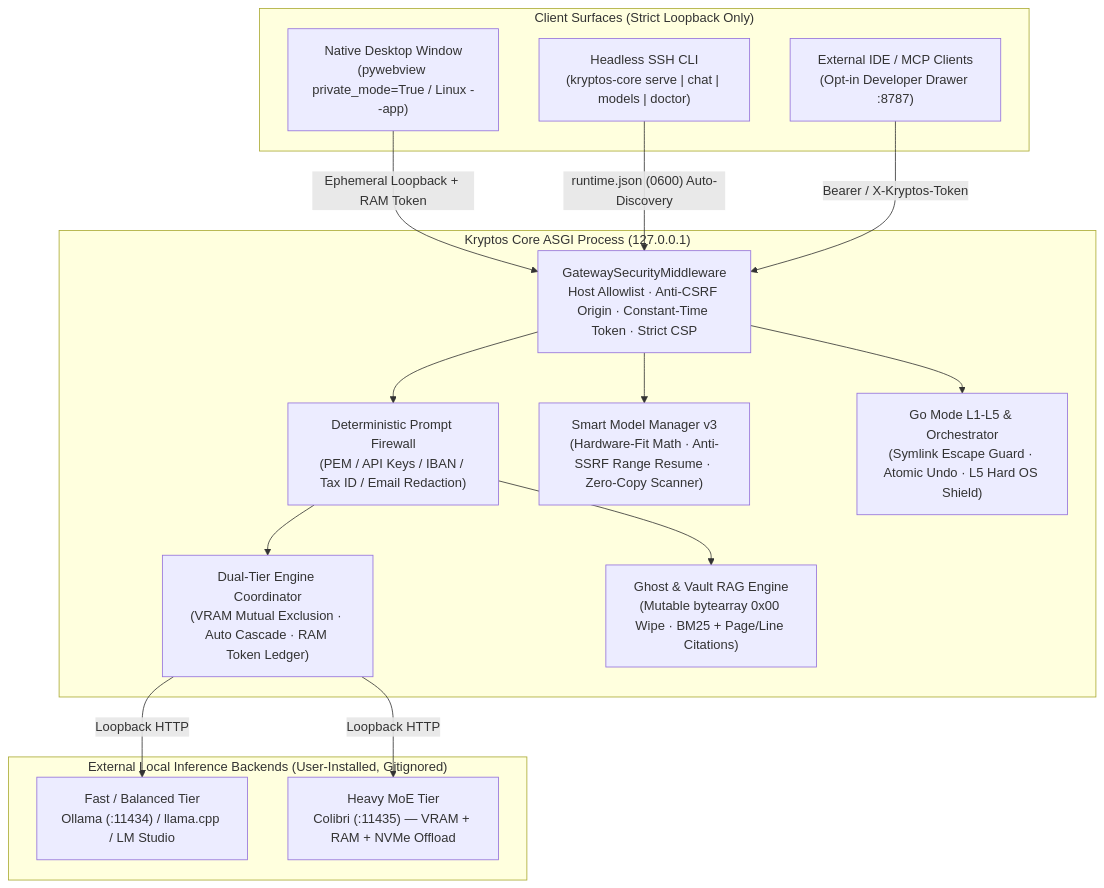
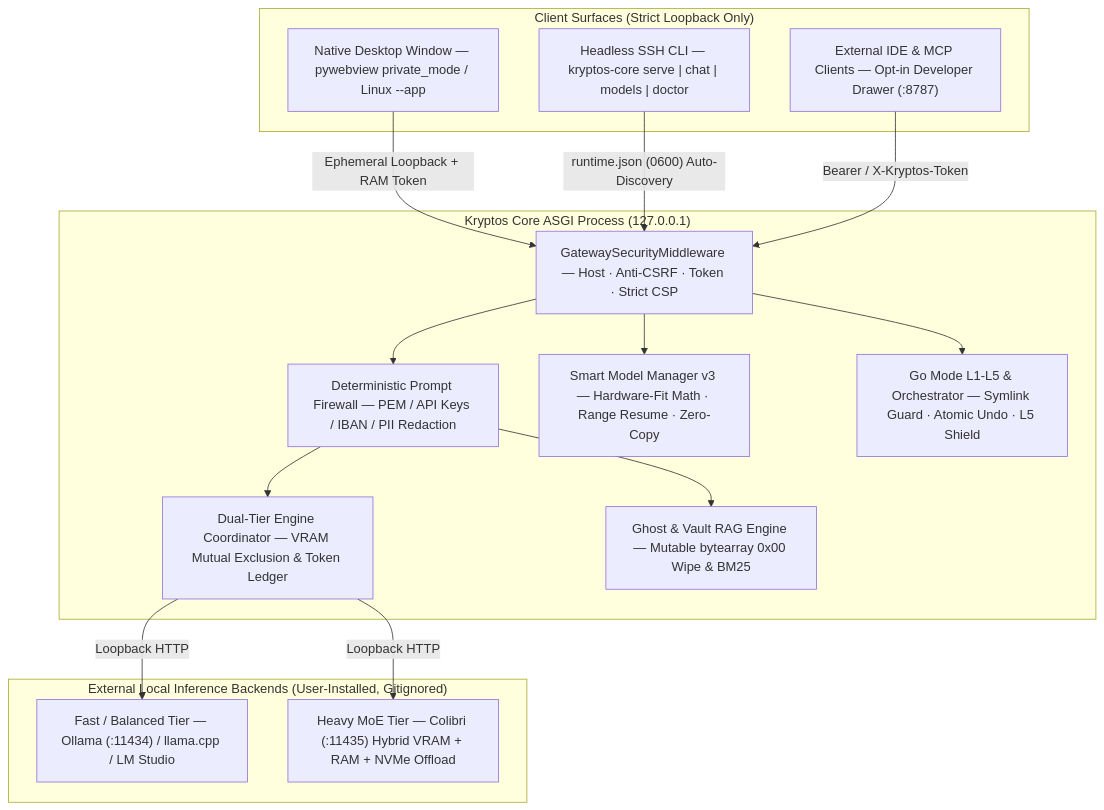
The diagram in docs/ARCHITECTURE.md (gerardofcesta/Kryptos-Core), drawn with Mermaid before and after one commit. The commit also changed other lines of this file and 12 other files, not shown here.

Commit message:
fix: cross-platform CI matrix & GitHub MathJax/Mermaid compatibility

````diff
--- a/docs/ARCHITECTURE.md
+++ b/docs/ARCHITECTURE.md
@@ -9,33 +9,33 @@
 ```mermaid
 flowchart TB
     subgraph SURFACES["Client Surfaces (Strict Loopback Only)"]
-        DESK["Native Desktop Window\n(pywebview private_mode=True / Linux --app)"]
-        CLI["Headless SSH CLI\n(kryptos-core serve | chat | models | doctor)"]
-        IDE["External IDE / MCP Clients\n(Opt-in Developer Drawer :8787)"]
+        DESK["Native Desktop Window — pywebview private_mode / Linux --app"]
+        CLI["Headless SSH CLI — kryptos-core serve | chat | models | doctor"]
+        IDE["External IDE & MCP Clients — Opt-in Developer Drawer (:8787)"]
     end
 
     subgraph BOUNDARY["Kryptos Core ASGI Process (127.0.0.1)"]
-        MW["GatewaySecurityMiddleware\nHost Allowlist · Anti-CSRF Origin · Constant-Time Token · Strict CSP"]
-        PFW["Deterministic Prompt Firewall\n(PEM / API Keys / IBAN / Tax ID / Email Redaction)"]
-        COORD["Dual-Tier Engine Coordinator\n(VRAM Mutual Exclusion · Auto Cascade · RAM Token Ledger)"]
-        GRAG["Ghost & Vault RAG Engine\n(Mutable bytearray 0x00 Wipe · BM25 + Page/Line Citations)"]
-        MM["Smart Model Manager v3\n(Hardware-Fit Math · Anti-SSRF Range Resume · Zero-Copy Scanner)"]
-        GOMODE["Go Mode L1-L5 & Orchestrator\n(Symlink Escape Guard · Atomic Undo · L5 Hard OS Shield)"]
+        MW["GatewaySecurityMiddleware — Host · Anti-CSRF · Token · Strict CSP"]
+        PFW["Deterministic Prompt Firewall — PEM / API Keys / IBAN / PII Redaction"]
+        COORD["Dual-Tier Engine Coordinator — VRAM Mutual Exclusion & Token Ledger"]
+        GRAG["Ghost & Vault RAG Engine — Mutable bytearray 0x00 Wipe & BM25"]
+        MM["Smart Model Manager v3 — Hardware-Fit Math · Range Resume · Zero-Copy"]
+        GOMODE["Go Mode L1-L5 & Orchestrator — Symlink Guard · Atomic Undo · L5 Shield"]
     end
 
     subgraph ENGINES["External Local Inference Backends (User-Installed, Gitignored)"]
-        FAST["Fast / Balanced Tier\nOllama (:11434) / llama.cpp / LM Studio"]
-        HEAVY["Heavy MoE Tier\nColibri (:11435) — VRAM + RAM + NVMe Offload"]
+        FAST["Fast / Balanced Tier — Ollama (:11434) / llama.cpp / LM Studio"]
+        HEAVY["Heavy MoE Tier — Colibri (:11435) Hybrid VRAM + RAM + NVMe Offload"]
     end
 
     DESK -->|"Ephemeral Loopback + RAM Token"| MW
     CLI -->|"runtime.json (0600) Auto-Discovery"| MW
     IDE -->|"Bearer / X-Kryptos-Token"| MW
     MW --> PFW
     PFW --> COORD
     PFW --> GRAG
     MW --> MM
     MW --> GOMODE
     COORD -->|"Loopback HTTP"| FAST
     COORD -->|"Loopback HTTP"| HEAVY
 ```
````
